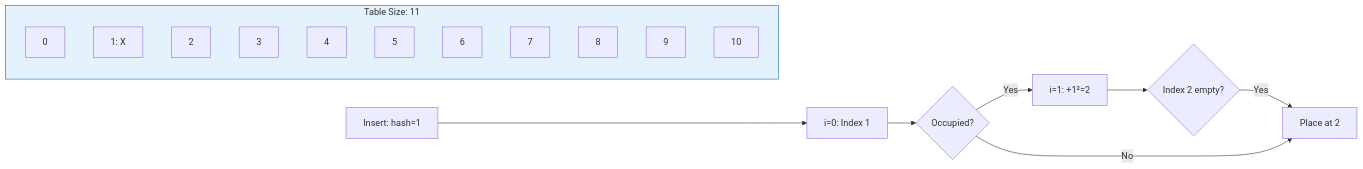
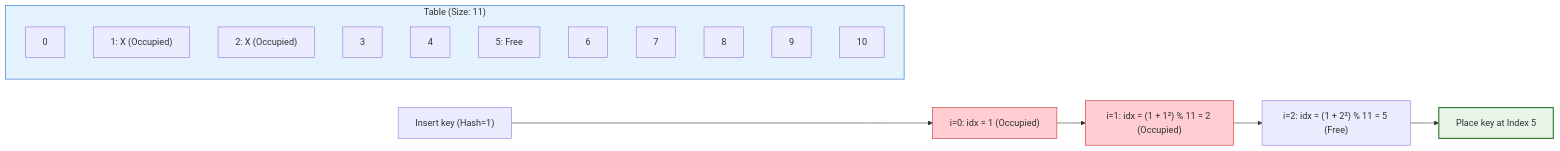
Before and after one commit to imyash0722/SEM3-DSA-UE25CS52A-STUDY-MATERIAL: the seventh of 11 diagrams in site/docs/unit4/theory/unit4_02_collision_resolution.md, drawn with Mermaid. The commit also changed other lines of this file and 6 other files, not shown here.

Commit message:
Fix Double Hashing algorithm flow, collision calculations, and Trie step visualization

````diff
--- a/site/docs/unit4/theory/unit4_02_collision_resolution.md
+++ b/site/docs/unit4/theory/unit4_02_collision_resolution.md
@@ -259,25 +259,26 @@
 ```mermaid
 graph LR
-    subgraph Table[Table Size: 11]
-        I0[0]
-        I1[1: X]
-        I2[2]
-        I3[3]
-        I4[4]
-        I5[5]
-        I6[6]
-        I7[7]
-        I8[8]
-        I9[9]
-        I10[10]
+    subgraph Table["Table (Size: 11)"]
+        I0["0"]
+        I1["1: X (Occupied)"]
+        I2["2: X (Occupied)"]
+        I3["3"]
+        I4["4"]
+        I5["5: Free"]
+        I6["6"]
+        I7["7"]
+        I8["8"]
+        I9["9"]
+        I10["10"]
     end
     
-    Insert[Insert: hash=1] --> Try0[i=0: Index 1]
-    Try0 --> Occupied{Occupied?}
-    Occupied -- Yes --> Try1[i=1: +1²=2]
-    Try1 --> Check2{Index 2 empty?}
-    Check2 -- Yes --> Place[Place at 2]
-    Occupied -- No --> Place
+    Insert["Insert key (Hash=1)"] --> Try0["i=0: idx = 1 (Occupied)"]
+    Try0 --> Try1["i=1: idx = (1 + 1²) % 11 = 2 (Occupied)"]
+    Try1 --> Try2["i=2: idx = (1 + 2²) % 11 = 5 (Free)"]
+    Try2 --> Place["Place key at Index 5"]
     
     style Table fill:#e3f2fd,stroke:#1565c0
+    style Try0 fill:#ffcdd2,stroke:#c62828
+    style Try1 fill:#ffcdd2,stroke:#c62828
+    style Place fill:#e8f5e9,stroke:#2e7d32,stroke-width:2px
 ```
````
